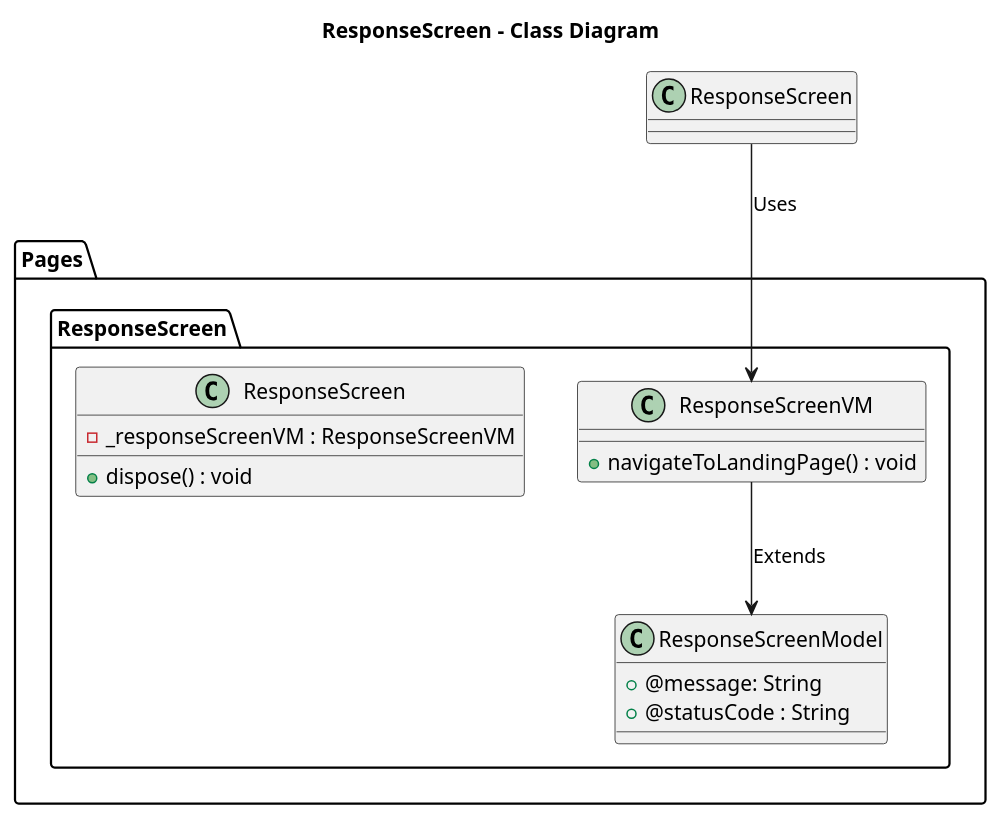
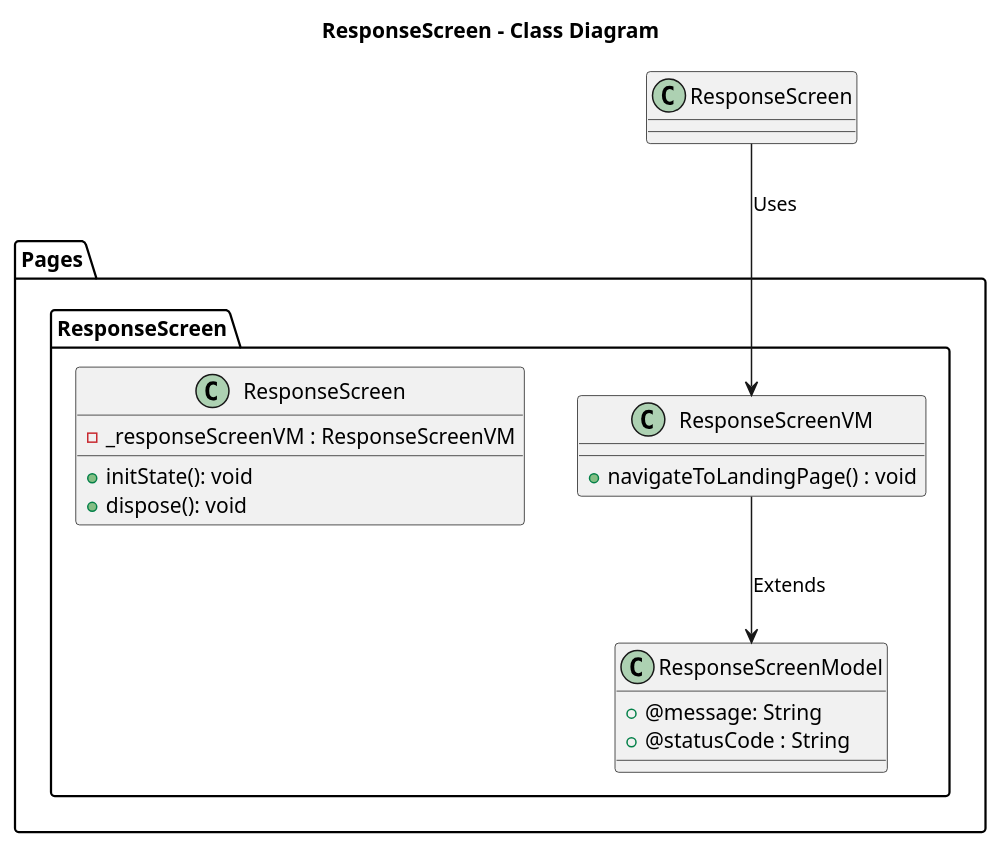
Before and after one commit to ThirumuruganArumugam/social_media: the diagram in lib/Pages/ResponseScreen/Design/ResponseScreen-Class.puml, drawn with PlantUML. The commit also changed 6 other files, not shown here.

Commit message:
sequence diagram for BO and Service

```diff
--- a/lib/Pages/ResponseScreen/Design/ResponseScreen-Class.puml
+++ b/lib/Pages/ResponseScreen/Design/ResponseScreen-Class.puml
@@ -1,23 +1,24 @@
 @startuml ResponseScreen - Class
 
 title ResponseScreen - Class Diagram
 
 package Pages{
     package ResponseScreen{
         class ResponseScreenModel{
             + @message: String
             + @statusCode : String
         }
         class ResponseScreenVM{
             + navigateToLandingPage() : void
         }
         class ResponseScreen{
             - _responseScreenVM : ResponseScreenVM
-            + dispose() : void
+            + initState(): void
+            + dispose(): void
         }
     }
 }
 
 ResponseScreen --> ResponseScreenVM : Uses
 ResponseScreenVM --> ResponseScreenModel : Extends
 @enduml
```
